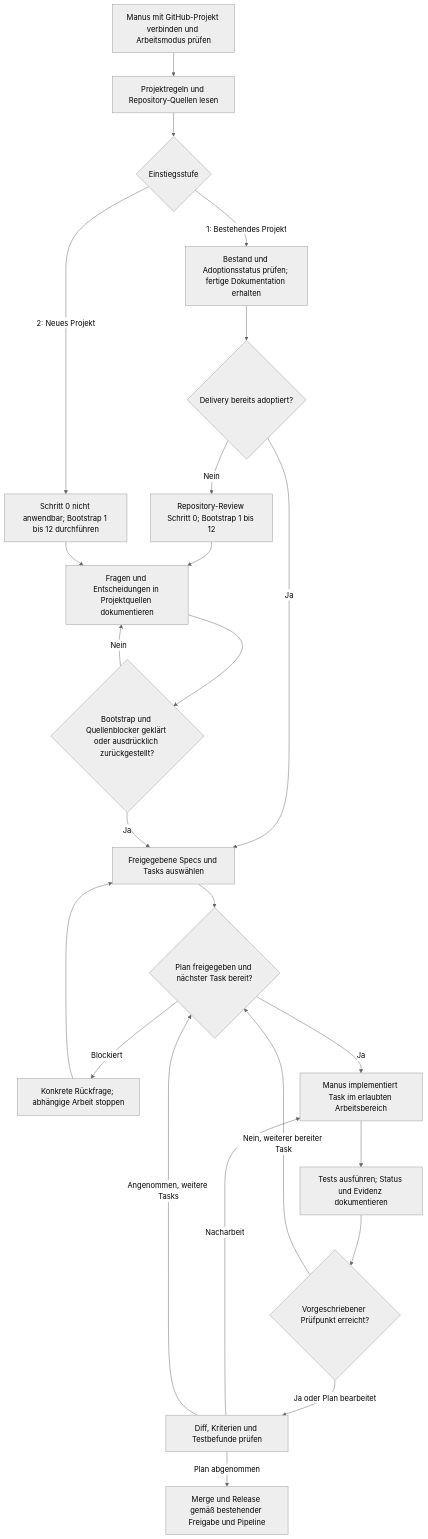
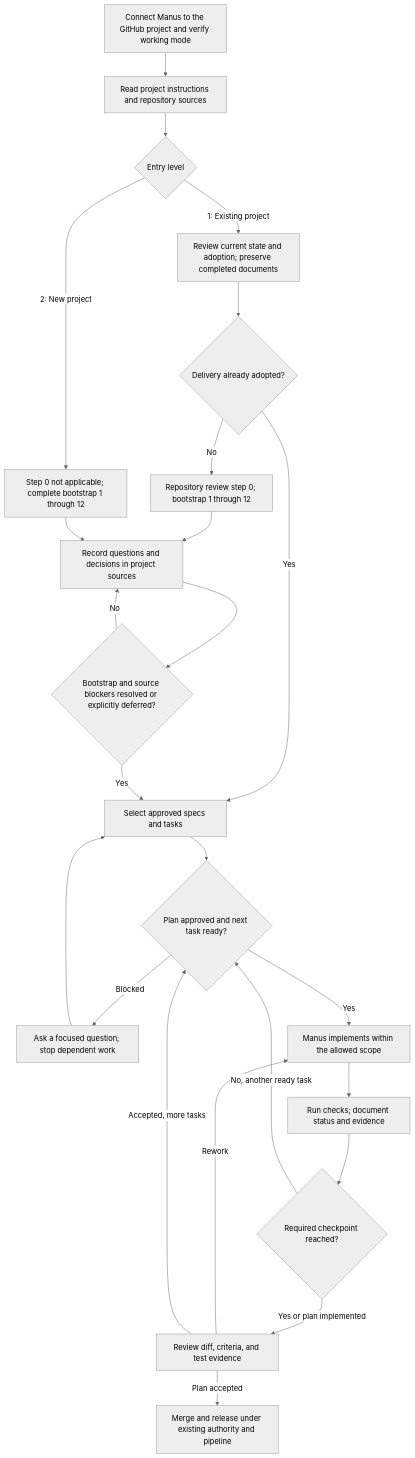
The diagram in addons/manus/workflow.md (dbyrai/delivery-system), drawn with Mermaid (neutral theme) before and after one commit. The commit also changed other lines of this file and 14 other files, not shown here.

````diff
--- a/addons/manus/workflow.md
+++ b/addons/manus/workflow.md
@@ -11,26 +11,26 @@
 ```mermaid
 flowchart TD
-    A[Manus mit GitHub-Projekt verbinden und Arbeitsmodus prüfen] --> B[Projektregeln und Repository-Quellen lesen]
-    B --> C{Einstiegsstufe}
-    C -->|1: Bestehendes Projekt| D[Bestand und Adoptionsstatus prüfen; fertige Dokumentation erhalten]
-    C -->|2: Neues Projekt| E[Schritt 0 nicht anwendbar; Bootstrap 1 bis 12 durchführen]
-    D --> F{Delivery bereits adoptiert?}
-    F -->|Ja| G[Freigegebene Specs und Tasks auswählen]
-    F -->|Nein| H[Repository-Review Schritt 0; Bootstrap 1 bis 12]
-    H --> I[Fragen und Entscheidungen in Projektquellen dokumentieren]
+    A[Connect Manus to the GitHub project and verify working mode] --> B[Read project instructions and repository sources]
+    B --> C{Entry level}
+    C -->|1: Existing project| D[Review current state and adoption; preserve completed documents]
+    C -->|2: New project| E[Step 0 not applicable; complete bootstrap 1 through 12]
+    D --> F{Delivery already adopted?}
+    F -->|Yes| G[Select approved specs and tasks]
+    F -->|No| H[Repository review step 0; bootstrap 1 through 12]
+    H --> I[Record questions and decisions in project sources]
     E --> I
-    I --> J{Bootstrap und Quellenblocker geklärt oder ausdrücklich zurückgestellt?}
-    J -->|Nein| I
-    J -->|Ja| G
-    G --> K{Plan freigegeben und nächster Task bereit?}
-    K -->|Blockiert| L[Konkrete Rückfrage; abhängige Arbeit stoppen]
+    I --> J{Bootstrap and source blockers resolved or explicitly deferred?}
+    J -->|No| I
+    J -->|Yes| G
+    G --> K{Plan approved and next task ready?}
+    K -->|Blocked| L[Ask a focused question; stop dependent work]
     L --> G
-    K -->|Ja| M[Manus implementiert Task im erlaubten Arbeitsbereich]
-    M --> N[Tests ausführen; Status und Evidenz dokumentieren]
-    N --> O{Vorgeschriebener Prüfpunkt erreicht?}
-    O -->|Nein, weiterer bereiter Task| K
-    O -->|Ja oder Plan bearbeitet| P[Diff, Kriterien und Testbefunde prüfen]
-    P -->|Nacharbeit| M
-    P -->|Angenommen, weitere Tasks| K
-    P -->|Plan abgenommen| Q[Merge und Release gemäß bestehender Freigabe und Pipeline]
+    K -->|Yes| M[Manus implements within the allowed scope]
+    M --> N[Run checks; document status and evidence]
+    N --> O{Required checkpoint reached?}
+    O -->|No, another ready task| K
+    O -->|Yes or plan implemented| P[Review diff, criteria, and test evidence]
+    P -->|Rework| M
+    P -->|Accepted, more tasks| K
+    P -->|Plan accepted| Q[Merge and release under existing authority and pipeline]
 ```
````
